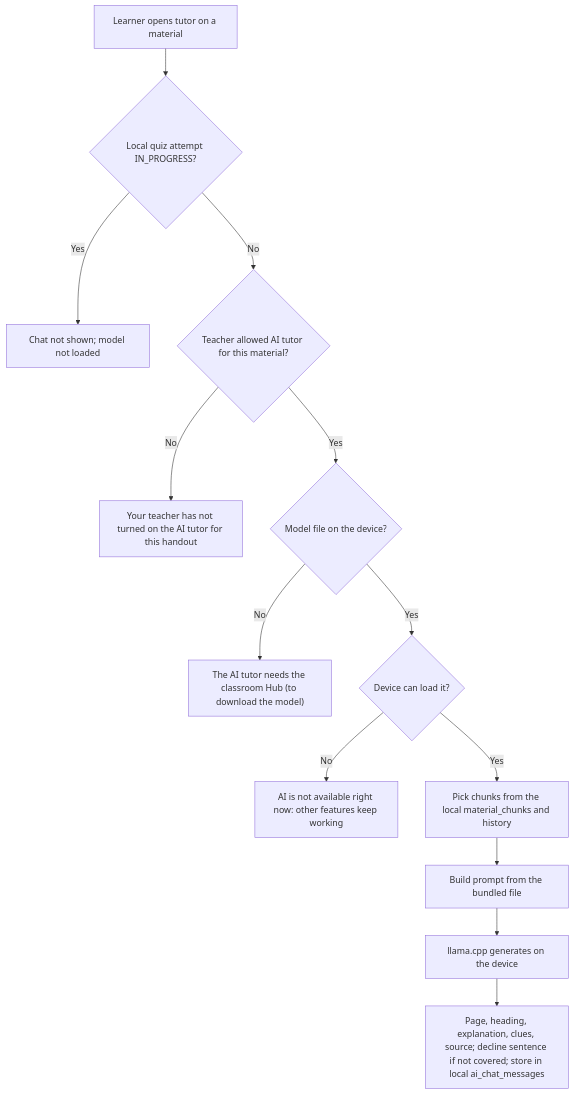
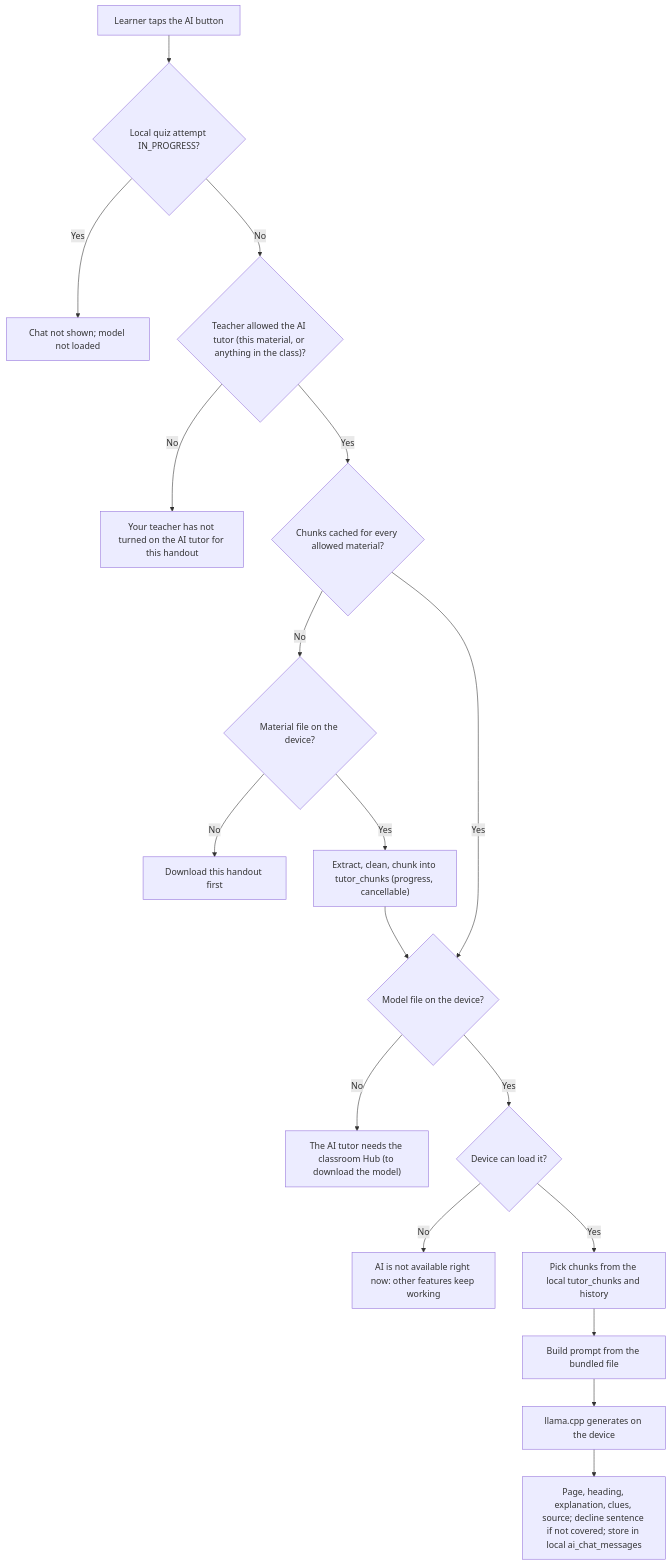
One commit to BootlegYouki/L.A.R.A changed the third of 5 diagrams in docs/PRD.md. Above: the diagram before and after it, drawn with Mermaid. The commit also changed other lines of this file and 9 other files, not shown here.

First line of the commit message:
docs: lazy on-device parsing on the first AI tap, separate tutor_chunks

````diff
--- a/docs/PRD.md
+++ b/docs/PRD.md
@@ -258,15 +260,20 @@
 ```mermaid
 flowchart TD
- Start["Learner opens tutor on a material"] --> Quiz{"Local quiz attempt IN_PROGRESS?"}
+ Start["Learner taps the AI button"] --> Quiz{"Local quiz attempt IN_PROGRESS?"}
  Quiz -->|Yes| Locked["Chat not shown; model not loaded"]
- Quiz -->|No| Allowed{"Teacher allowed AI tutor for this material?"}
+ Quiz -->|No| Allowed{"Teacher allowed the AI tutor (this material, or anything in the class)?"}
  Allowed -->|No| NotAllowed["Your teacher has not turned on the AI tutor for this handout"]
- Allowed -->|Yes| Model{"Model file on the device?"}
+ Allowed -->|Yes| Chunks{"Chunks cached for every allowed material?"}
+ Chunks -->|No| File{"Material file on the device?"}
+ File -->|No| Download["Download this handout first"]
+ File -->|Yes| Parse["Extract, clean, chunk into tutor_chunks (progress, cancellable)"]
+ Parse --> Model
+ Chunks -->|Yes| Model{"Model file on the device?"}
  Model -->|No| Need["The AI tutor needs the classroom Hub (to download the model)"]
  Model -->|Yes| Fits{"Device can load it?"}
  Fits -->|No| Unavailable["AI is not available right now: other features keep working"]
- Fits -->|Yes| Retrieve["Pick chunks from the local material_chunks and history"]
+ Fits -->|Yes| Retrieve["Pick chunks from the local tutor_chunks and history"]
  Retrieve --> Prompt["Build prompt from the bundled file"]
  Prompt --> Infer["llama.cpp generates on the device"]
  Infer --> Reply["Page, heading, explanation, clues, source; decline sentence if not covered; store in local ai_chat_messages"]
 ```
````
